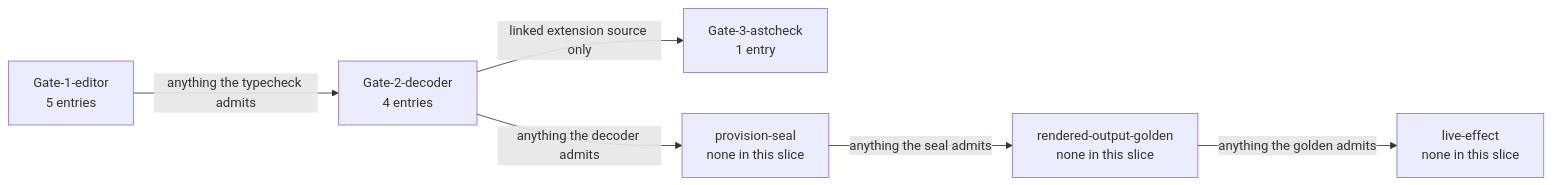
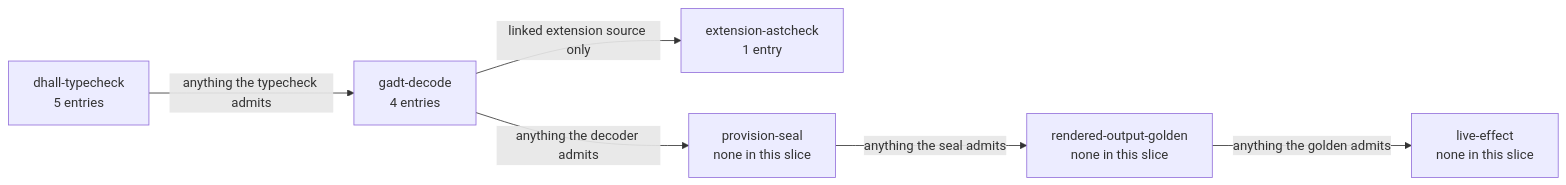
The diagram in documents/illegal_state/illegal_state_lifecycle.md (Tuee22/amoebius), drawn with Mermaid before and after one commit. The commit also changed other lines of this file and 381 other files, not shown here.

````diff
--- a/documents/illegal_state/illegal_state_lifecycle.md
+++ b/documents/illegal_state/illegal_state_lifecycle.md
@@ -35,15 +35,15 @@
 ```mermaid
 flowchart LR
   %% register: orientation
-  g1["Gate-1-editor<br/>5 entries"]
-  g2["Gate-2-decoder<br/>4 entries"]
-  g3["Gate-3-astcheck<br/>1 entry"]
+  g1["dhall-typecheck<br/>5 entries"]
+  g2["gadt-decode<br/>4 entries"]
+  g3["extension-astcheck<br/>1 entry"]
   ps["provision-seal<br/>none in this slice"]
   rg["rendered-output-golden<br/>none in this slice"]
   le["live-effect<br/>none in this slice"]
   g1 -->|"anything the typecheck admits"| g2
   g2 -->|"linked extension source only"| g3
   g2 -->|"anything the decoder admits"| ps
   ps -->|"anything the seal admits"| rg
   rg -->|"anything the golden admits"| le
 ```
````
